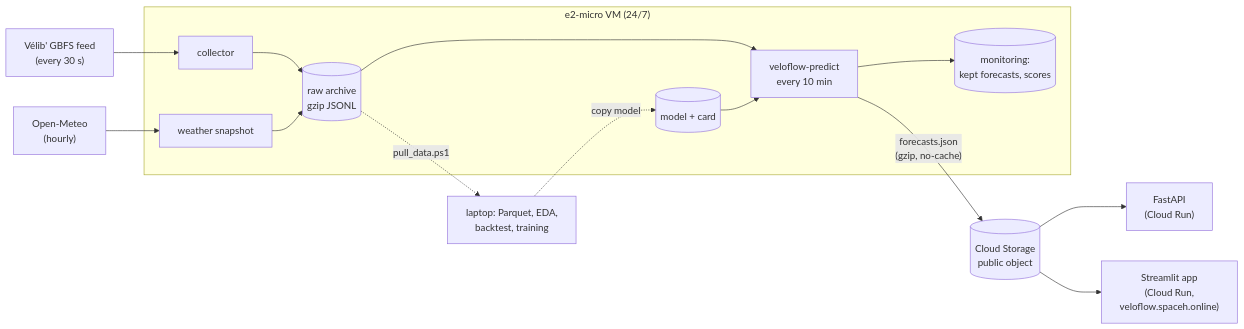
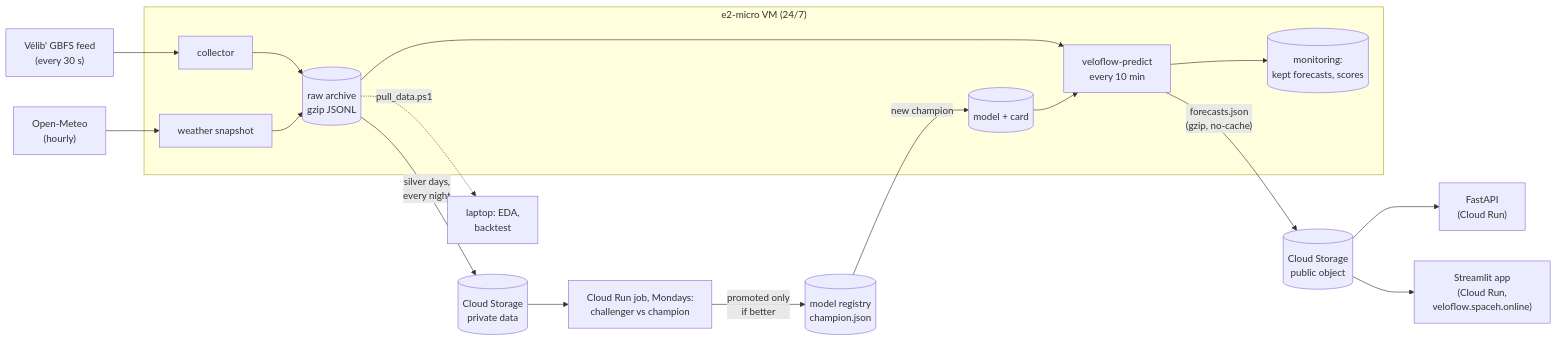
The diagram in README.md (HamzaOuba00-1/veloflow), drawn with Mermaid before and after one commit. The commit also changed other lines of this file and 45 other files, not shown here.

Commit message:
feat(mlops): weekly retraining with champion/challenger and rollback; Mondrian intervals; windowed backtest; pip-audit, Dependabot, Secure Boot

````diff
--- a/README.md
+++ b/README.md
@@ -40,17 +40,20 @@
 ```mermaid
 flowchart LR
   GBFS["Vélib' GBFS feed<br/>(every 30 s)"] --> C
   OM["Open-Meteo<br/>(hourly)"] --> W
   subgraph VM["e2-micro VM (24/7)"]
     C["collector"] --> RAW[("raw archive<br/>gzip JSONL")]
     W["weather snapshot"] --> RAW
     RAW --> P["veloflow-predict<br/>every 10 min"]
     M[("model + card")] --> P
     P --> MON[("monitoring:<br/>kept forecasts, scores")]
   end
   P -- "forecasts.json<br/>(gzip, no-cache)" --> GCS[("Cloud Storage<br/>public object")]
   GCS --> API["FastAPI<br/>(Cloud Run)"]
   GCS --> APP["Streamlit app<br/>(Cloud Run,<br/>veloflow.spaceh.online)"]
-  RAW -. "pull_data.ps1" .-> LAP["laptop: Parquet, EDA,<br/>backtest, training"]
-  LAP -. "copy model" .-> M
+  RAW -- "silver days,<br/>every night" --> DATA[("Cloud Storage<br/>private data")]
+  DATA --> JOB["Cloud Run job, Mondays:<br/>challenger vs champion"]
+  JOB -- "promoted only<br/>if better" --> REG[("model registry<br/>champion.json")]
+  REG -- "new champion" --> M
+  RAW -. "pull_data.ps1" .-> LAP["laptop: EDA,<br/>backtest"]
 ```
````
